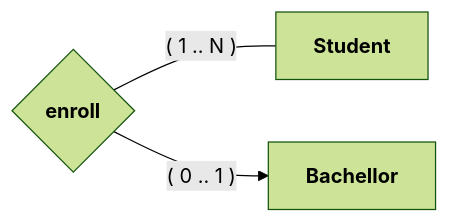
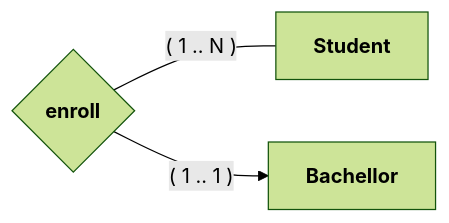
Before and after one commit to angelromarco04/MyNotes: the second of 6 diagrams in Programming/Databases/data/Theory/RModel.md, drawn with Mermaid (forest theme). The commit also changed other lines of this file, not shown here.

````diff
--- a/Programming/Databases/data/Theory/RModel.md
+++ b/Programming/Databases/data/Theory/RModel.md
@@ -65,9 +65,9 @@
 ```mermaid
 flowchart LR
 	id2 -- ( 1 .. N ) --- id1
-	id2 -- ( 0 .. 1 ) --> id3
+	id2 -- ( 1 .. 1 ) --> id3
 
 	id1["`**Student**`"]
 	id2{"`**enroll**`"}
 	id3["`**Bachellor**`"]
 ```
````
